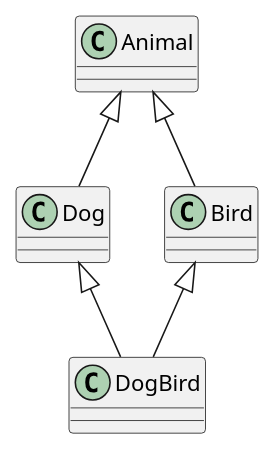
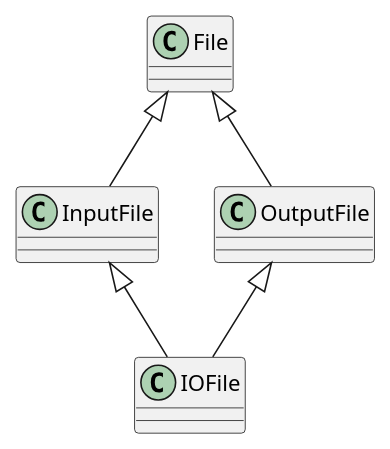
The third of 3 diagrams in Base/Множественное наследование.md (syalsr/Base), drawn with PlantUML before and after one commit. The commit also changed other lines of this file and 77 other files, not shown here.

````diff
--- a/Base/Множественное наследование.md
+++ b/Base/Множественное наследование.md
@@ -104,6 +104,6 @@
 ```plantuml
-Animal <|-- Dog
-Animal <|-- Bird
-Bird <|-- DogBird
-Dog <|-- DogBird
+File <|-- InputFile
+File <|-- OutputFile
+InputFile <|-- IOFile
+OutputFile <|-- IOFile
 ```
````
